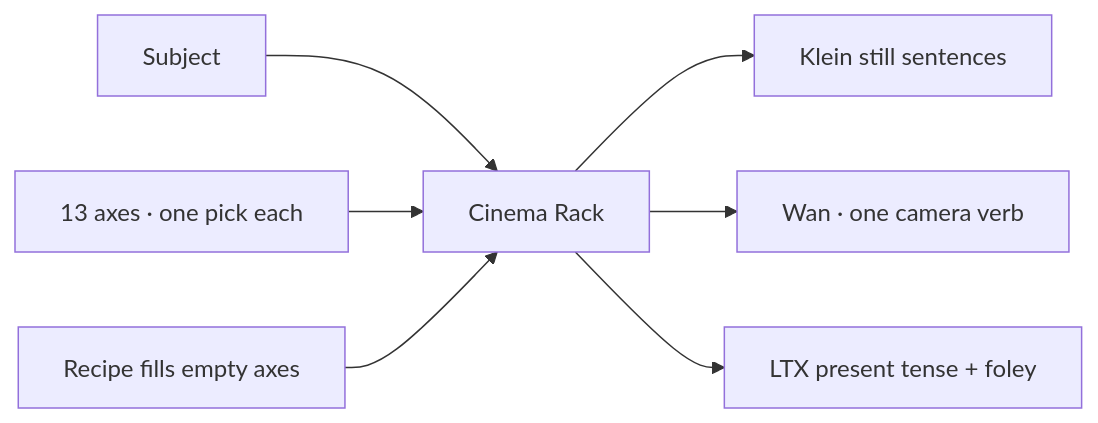
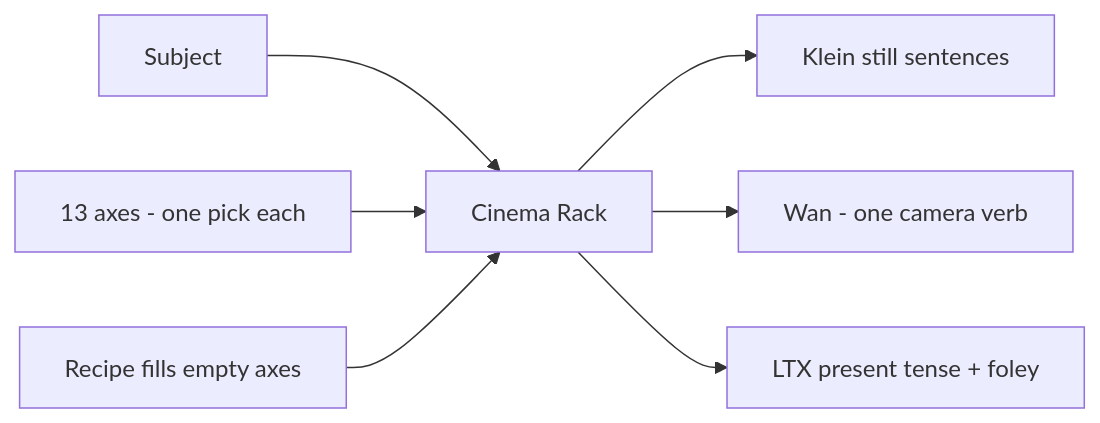
One commit to toxicoder/ez-comfy-stack changed the diagram in docs/create/cinema-rack.md. Above: the diagram before and after it, drawn with Mermaid. The commit also changed other lines of this file and 1894 other files, not shown here.

````diff
--- a/docs/create/cinema-rack.md
+++ b/docs/create/cinema-rack.md
@@ -27,9 +27,9 @@
 ```mermaid
 flowchart LR
   S["Subject"] --> R["Cinema Rack"]
-  A["13 axes · one pick each"] --> R
+  A["13 axes - one pick each"] --> R
   Rec["Recipe fills empty axes"] --> R
   R --> K["Klein still sentences"]
-  R --> W["Wan · one camera verb"]
+  R --> W["Wan - one camera verb"]
   R --> L["LTX present tense + foley"]
 ```
````
